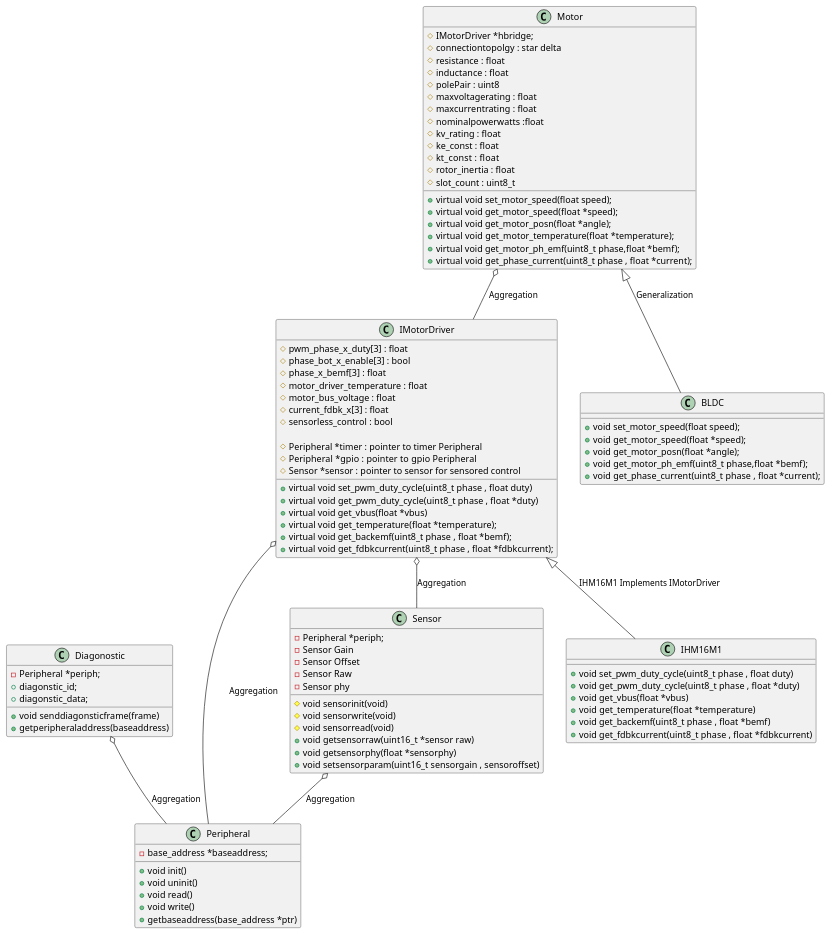
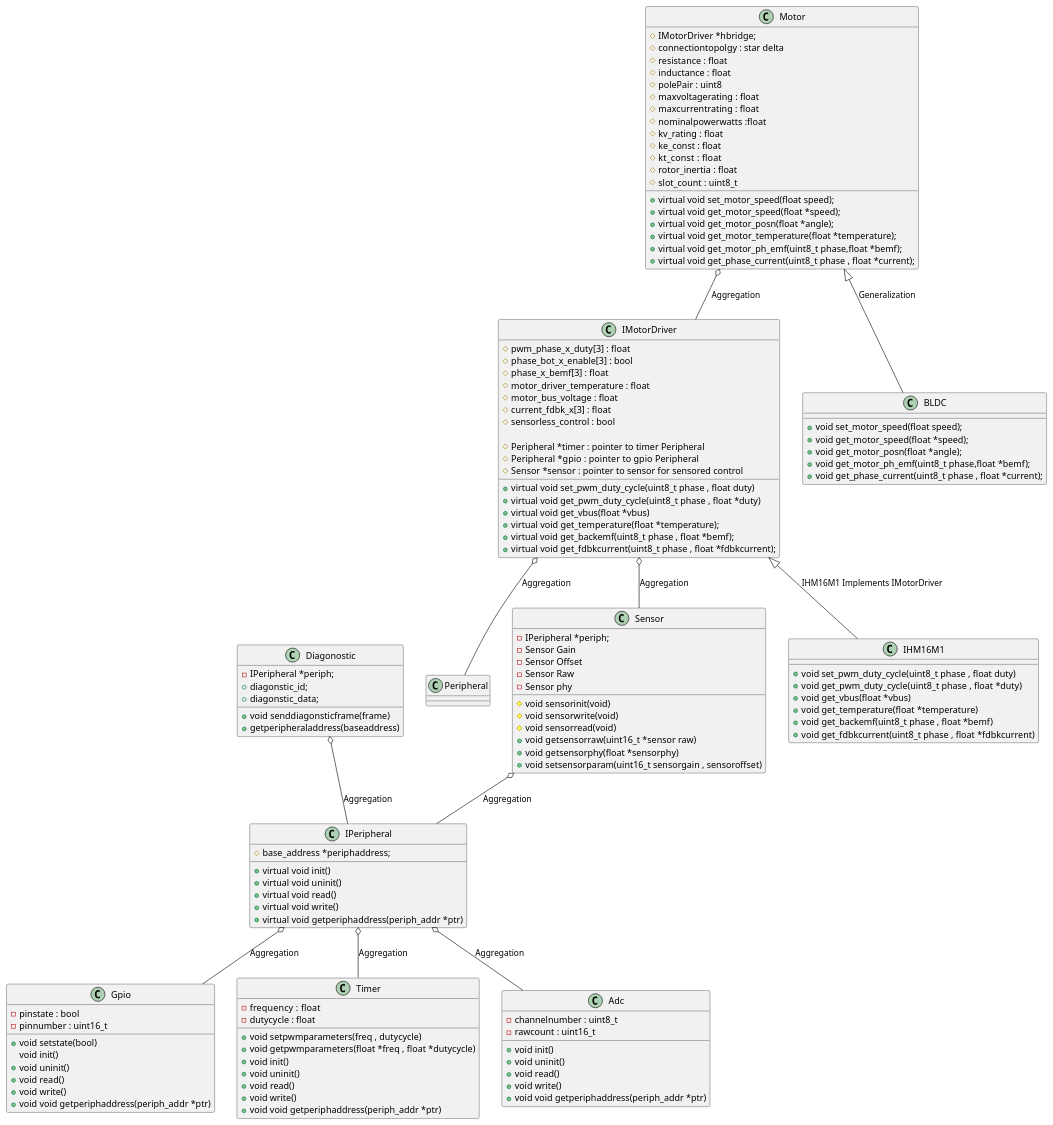
One commit to rkalyan95/motorcontrol_algorithm_qt_hmi_v0.0 changed the diagram in motorcontrol_v0.0/App/architecture.wsd. Above: the diagram before and after it, drawn with PlantUML. The commit also changed 5 other files, not shown here.

```diff
--- a/motorcontrol_v0.0/App/architecture.wsd
+++ b/motorcontrol_v0.0/App/architecture.wsd
@@ -1,136 +1,174 @@
 @startuml
 
 /' Things which can change 
 1. the controller can change 
 2. the motor driver ic can change
 3. the motor itself can change
 4. the sensors of temperature can change
 5. current sensors can change
 6. type of control can change sensored or sensorless
 7. most importantly the pins can change
 8. diagonstic telemtry interface can change , 
     uart to can or whatever lin maybe
 9. the peripherals used for different parameters 
    can also change ,adc to spi or something else
 10. clock and timing source can change
 '/
 
 
 class IMotorDriver
 {
     #pwm_phase_x_duty[3] : float
     #phase_bot_x_enable[3] : bool
     #phase_x_bemf[3] : float
     #motor_driver_temperature : float
     #motor_bus_voltage : float
     #current_fdbk_x[3] : float
     #sensorless_control : bool
     
     #Peripheral *timer : pointer to timer Peripheral
     #Peripheral *gpio :  pointer to gpio Peripheral
     #Sensor *sensor : pointer to sensor for sensored control
 
     +virtual void set_pwm_duty_cycle(uint8_t phase , float duty)
     +virtual void get_pwm_duty_cycle(uint8_t phase , float *duty)
     +virtual void get_vbus(float *vbus)
     +virtual void get_temperature(float *temperature);
     +virtual void get_backemf(uint8_t phase , float *bemf);
     +virtual void get_fdbkcurrent(uint8_t phase , float *fdbkcurrent);
 }
 
 IMotorDriver o-- Peripheral : Aggregation
 IMotorDriver o-- Sensor : Aggregation
 
 class IHM16M1 
 {
     +void set_pwm_duty_cycle(uint8_t phase , float duty)
     +void get_pwm_duty_cycle(uint8_t phase , float *duty)
     +void get_vbus(float *vbus)
     +void get_temperature(float *temperature)
     +void get_backemf(uint8_t phase , float *bemf)
     +void get_fdbkcurrent(uint8_t phase , float *fdbkcurrent)
 }
 
 IMotorDriver <|-- IHM16M1 : IHM16M1 Implements IMotorDriver
 
 
 class Motor 
 {
     #IMotorDriver *hbridge;
     #connectiontopolgy : star delta
     #resistance : float
     #inductance : float
     #polePair : uint8
     #maxvoltagerating : float
     #maxcurrentrating : float
     #nominalpowerwatts :float
     #kv_rating : float
     #ke_const : float
     #kt_const  : float
     #rotor_inertia : float
     #slot_count : uint8_t
     +virtual void set_motor_speed(float speed);
     +virtual void get_motor_speed(float *speed);
     +virtual void get_motor_posn(float *angle);
     +virtual void get_motor_temperature(float *temperature);
     +virtual void get_motor_ph_emf(uint8_t phase,float *bemf);
     +virtual void get_phase_current(uint8_t phase , float *current);
 }
 
 
 class BLDC
 {
     +void set_motor_speed(float speed);
     +void get_motor_speed(float *speed);
     +void get_motor_posn(float *angle);
     +void get_motor_ph_emf(uint8_t phase,float *bemf);
     +void get_phase_current(uint8_t phase , float *current);
 }
 
 
 Motor o-- IMotorDriver : Aggregation
 Motor <|-- BLDC : Generalization
 
 class Sensor
 {
-    -Peripheral *periph;
+    -IPeripheral *periph;
     -Sensor Gain
     -Sensor Offset
     -Sensor Raw
     -Sensor phy
      
     #void sensorinit(void)
     #void sensorwrite(void)
     #void sensorread(void)
     +void getsensorraw(uint16_t *sensor raw)
     +void getsensorphy(float *sensorphy)
     +void setsensorparam(uint16_t sensorgain , sensoroffset)
 }
 
-Sensor o-- Peripheral : Aggregation
+Sensor o-- IPeripheral : Aggregation
 
 class Diagonostic 
 {
-    -Peripheral *periph;
+    -IPeripheral *periph;
     +diagonstic_id;
     +diagonstic_data;
 
     +void senddiagonsticframe(frame)
     +getperipheraladdress(baseaddress)
 }
 
-Diagonostic o-- Peripheral : Aggregation
+Diagonostic o-- IPeripheral : Aggregation
 
-class Peripheral 
+class IPeripheral 
 {
-       -base_address *baseaddress;
+       #base_address *periphaddress;
+       +virtual void init()
+       +virtual void uninit()
+       +virtual void read()
+       +virtual void write()
+       +virtual void getperiphaddress(periph_addr *ptr)
+}
+
+class Gpio 
+{
+       -pinstate : bool
+       -pinnumber : uint16_t
+       +void setstate(bool)
+       void init()
+       +void uninit()
+       +void read()
+       +void write()
+       +void void getperiphaddress(periph_addr *ptr)
+}
+
+class Timer
+{
+       -frequency :  float
+       -dutycycle : float
+       +void setpwmparameters(freq , dutycycle)
+       +void getpwmparameters(float *freq , float *dutycycle)
        +void init()
        +void uninit()
        +void read()
        +void write()
-       +getbaseaddress(base_address *ptr)
+       +void void getperiphaddress(periph_addr *ptr)
 }
 
+class Adc
+{
+       -channelnumber : uint8_t
+       -rawcount : uint16_t
+       +void init()
+       +void uninit()
+       +void read()
+       +void write()
+       +void void getperiphaddress(periph_addr *ptr)
+}
 
+IPeripheral o-- Gpio : Aggregation
+IPeripheral o-- Timer : Aggregation
+IPeripheral o-- Adc : Aggregation
 
 @enduml
```
